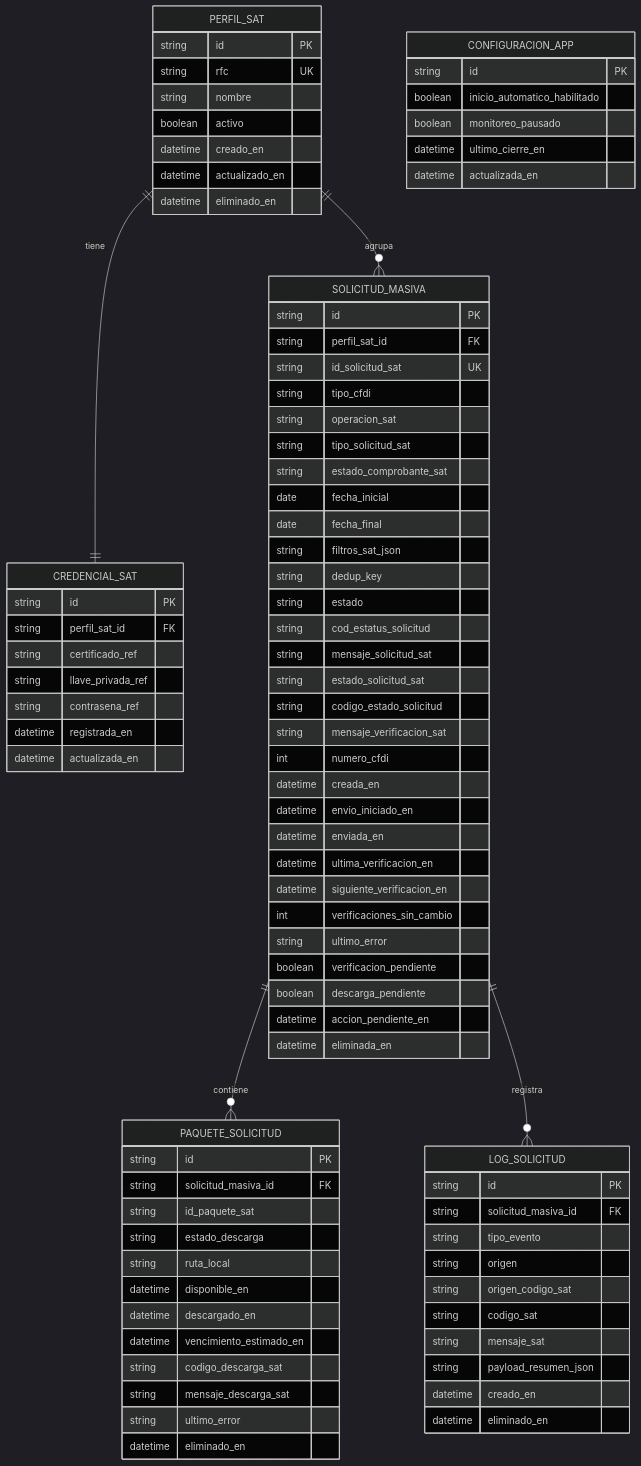
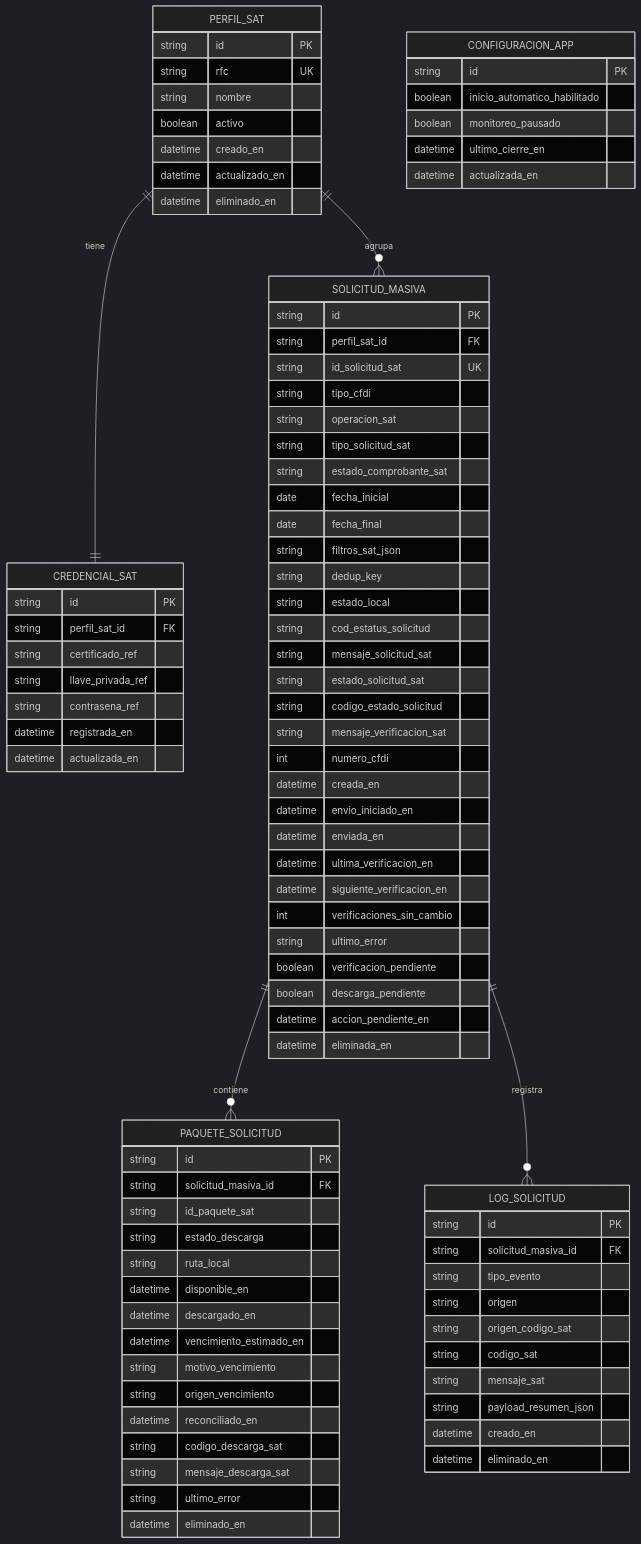
Before and after one commit to irritila/sat-cfdi-downloader: diagram 21 of 21 in docs/architecture.md, drawn with Mermaid (dark theme). The commit also changed other lines of this file and 5 other files, not shown here.

Commit message:
docs: close architecture review findings

```diff
--- a/docs/architecture.md
+++ b/docs/architecture.md
@@ -1703,7 +1701,7 @@
         date fecha_final
         string filtros_sat_json
         string dedup_key
-        string estado
+        string estado_local
         string cod_estatus_solicitud
         string mensaje_solicitud_sat
         string estado_solicitud_sat
@@ -1732,6 +1730,9 @@
         datetime disponible_en
         datetime descargado_en
         datetime vencimiento_estimado_en
+        string motivo_vencimiento
+        string origen_vencimiento
+        datetime reconciliado_en
         string codigo_descarga_sat
         string mensaje_descarga_sat
         string ultimo_error
```
